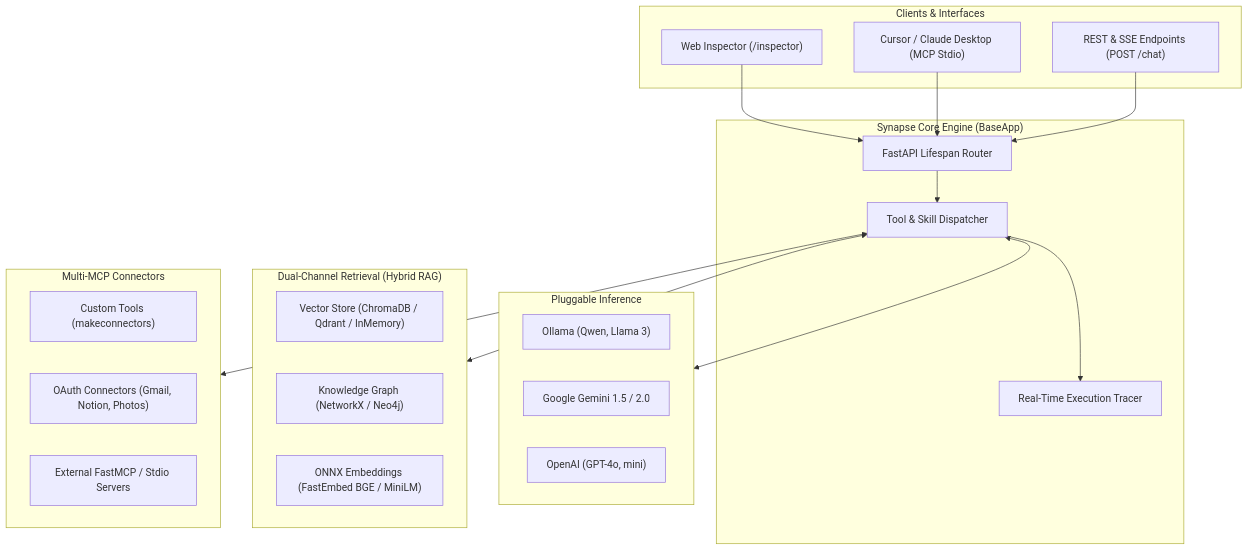
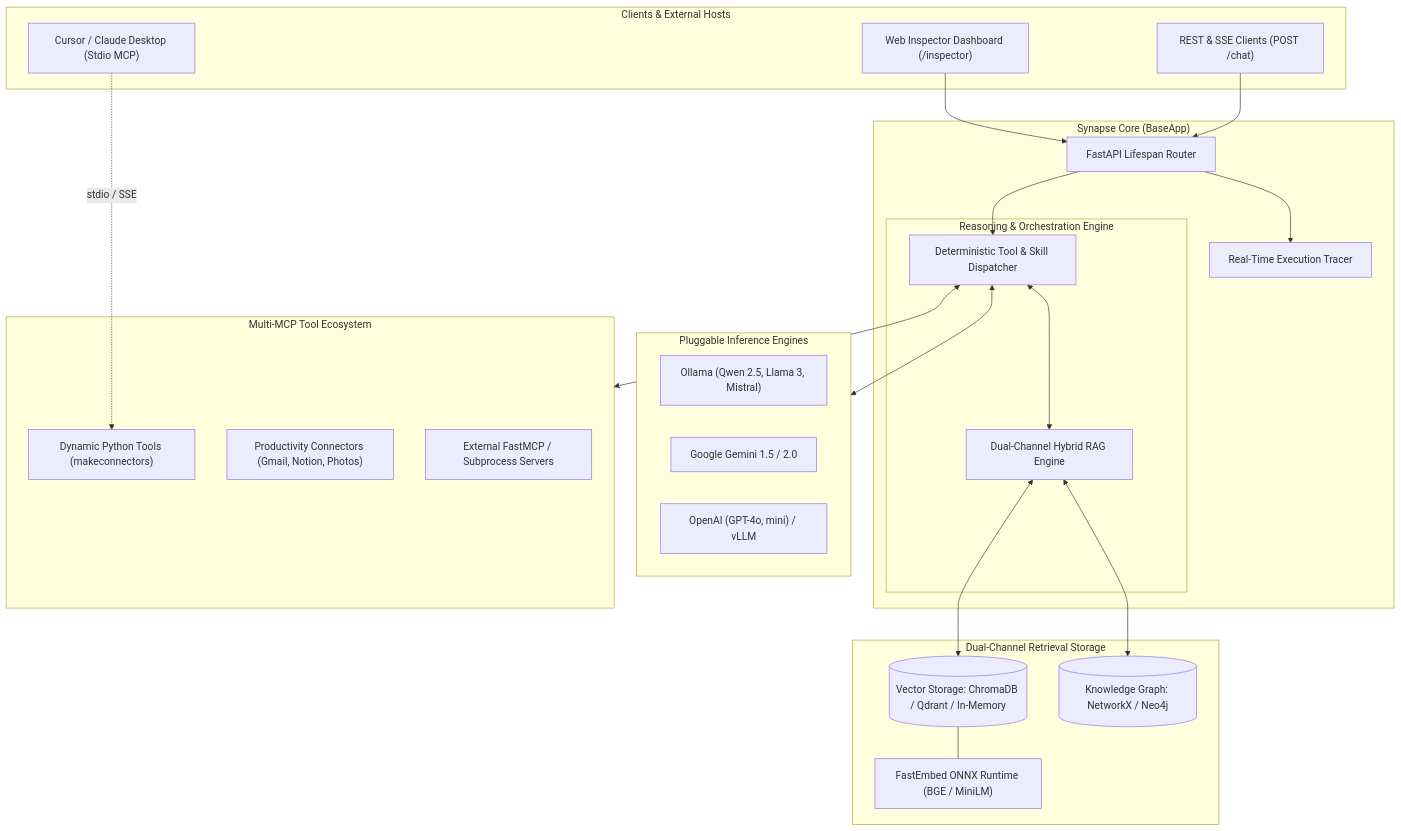
Before and after one commit to AKASH-KUMAR-BARPANDA/synapse-framework: the diagram in README.md, drawn with Mermaid. The commit also changed other lines of this file, not shown here.

````diff
--- a/README.md
+++ b/README.md
@@ -89,42 +52,49 @@
 ```mermaid
 flowchart TD
-    subgraph Clients ["Clients & Interfaces"]
-        UI["Web Inspector (/inspector)"]
-        CLI["Cursor / Claude Desktop (MCP Stdio)"]
-        API["REST & SSE Endpoints (POST /chat)"]
+    subgraph Clients ["Clients & External Hosts"]
+        Web["Web Inspector Dashboard (/inspector)"]
+        IDE["Cursor / Claude Desktop (Stdio MCP)"]
+        API["REST & SSE Clients (POST /chat)"]
     end
 
-    subgraph Core ["Synapse Core Engine (BaseApp)"]
-        Router["FastAPI Lifespan Router"]
-        Dispatcher["Tool & Skill Dispatcher"]
-        Context["Real-Time Execution Tracer"]
+    subgraph SynapseApp ["Synapse Core (BaseApp)"]
+        Lifespan["FastAPI Lifespan Router"]
+        Tracer["Real-Time Execution Tracer"]
+        
+        subgraph Pipeline ["Reasoning & Orchestration Engine"]
+            Dispatcher["Deterministic Tool & Skill Dispatcher"]
+            RAG["Dual-Channel Hybrid RAG Engine"]
+        end
     end
 
-    subgraph LLM ["Pluggable Inference"]
-        OLL["Ollama (Qwen, Llama 3)"]
+    subgraph Inference ["Pluggable Inference Engines"]
+        OLL["Ollama (Qwen 2.5, Llama 3, Mistral)"]
         GEM["Google Gemini 1.5 / 2.0"]
-        OAI["OpenAI (GPT-4o, mini)"]
+        OAI["OpenAI (GPT-4o, mini) / vLLM"]
     end
 
-    subgraph Storage ["Dual-Channel Retrieval (Hybrid RAG)"]
-        Vec["Vector Store (ChromaDB / Qdrant / InMemory)"]
-        Graph["Knowledge Graph (NetworkX / Neo4j)"]
-        Emb["ONNX Embeddings (FastEmbed BGE / MiniLM)"]
+    subgraph DualRAG ["Dual-Channel Retrieval Storage"]
+        VectorDB[("Vector Storage: ChromaDB / Qdrant / In-Memory")]
+        GraphDB[("Knowledge Graph: NetworkX / Neo4j")]
+        ONNX["FastEmbed ONNX Runtime (BGE / MiniLM)"]
     end
 
-    subgraph Tools ["Multi-MCP Connectors"]
-        F1["Custom Tools (makeconnectors)"]
-        F2["OAuth Connectors (Gmail, Notion, Photos)"]
-        F3["External FastMCP / Stdio Servers"]
+    subgraph Tooling ["Multi-MCP Tool Ecosystem"]
+        CustomTools["Dynamic Python Tools (makeconnectors)"]
+        OAuthTools["Productivity Connectors (Gmail, Notion, Photos)"]
+        StdioMCP["External FastMCP / Subprocess Servers"]
     end
 
-    UI --> Router
-    CLI --> Router
-    API --> Router
+    Web --> Lifespan
+    API --> Lifespan
+    IDE -.->|stdio / SSE| CustomTools
 
-    Router --> Dispatcher
-    Dispatcher <--> LLM
-    Dispatcher <--> Storage
-    Dispatcher <--> Tools
-    Dispatcher --> Context
+    Lifespan --> Tracer
+    Lifespan --> Dispatcher
+    Dispatcher <--> RAG
+    RAG <--> VectorDB
+    RAG <--> GraphDB
+    VectorDB --- ONNX
+    Dispatcher <--> Inference
+    Dispatcher <--> Tooling
 ```
````
